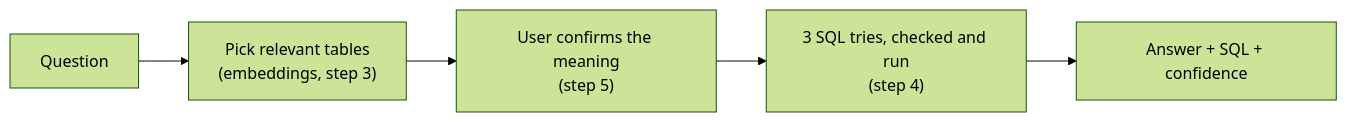
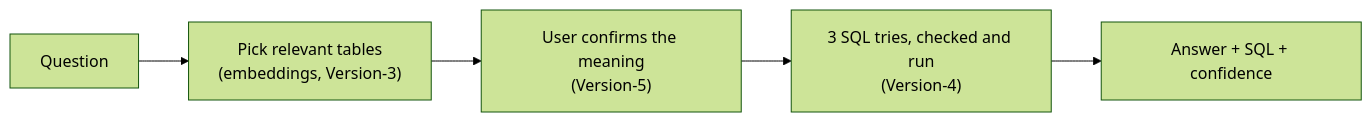
One commit to yuteshvishnu/multimodal-retrieval-engine changed the first of 3 diagrams in README.md. Above: the diagram before and after it, drawn with Mermaid (forest theme). The commit also changed other lines of this file and 13 other files, not shown here.

````diff
--- a/README.md
+++ b/README.md
@@ -293,7 +293,7 @@
 ```mermaid
 flowchart LR
-    Q["Question"] --> T["Pick relevant tables<br/>(embeddings, step 3)"]
-    T --> M["User confirms the meaning<br/>(step 5)"]
-    M --> S["3 SQL tries, checked and run<br/>(step 4)"]
+    Q["Question"] --> T["Pick relevant tables<br/>(embeddings, Version-3)"]
+    T --> M["User confirms the meaning<br/>(Version-5)"]
+    M --> S["3 SQL tries, checked and run<br/>(Version-4)"]
     S --> A["Answer + SQL + confidence"]
 ```
````
